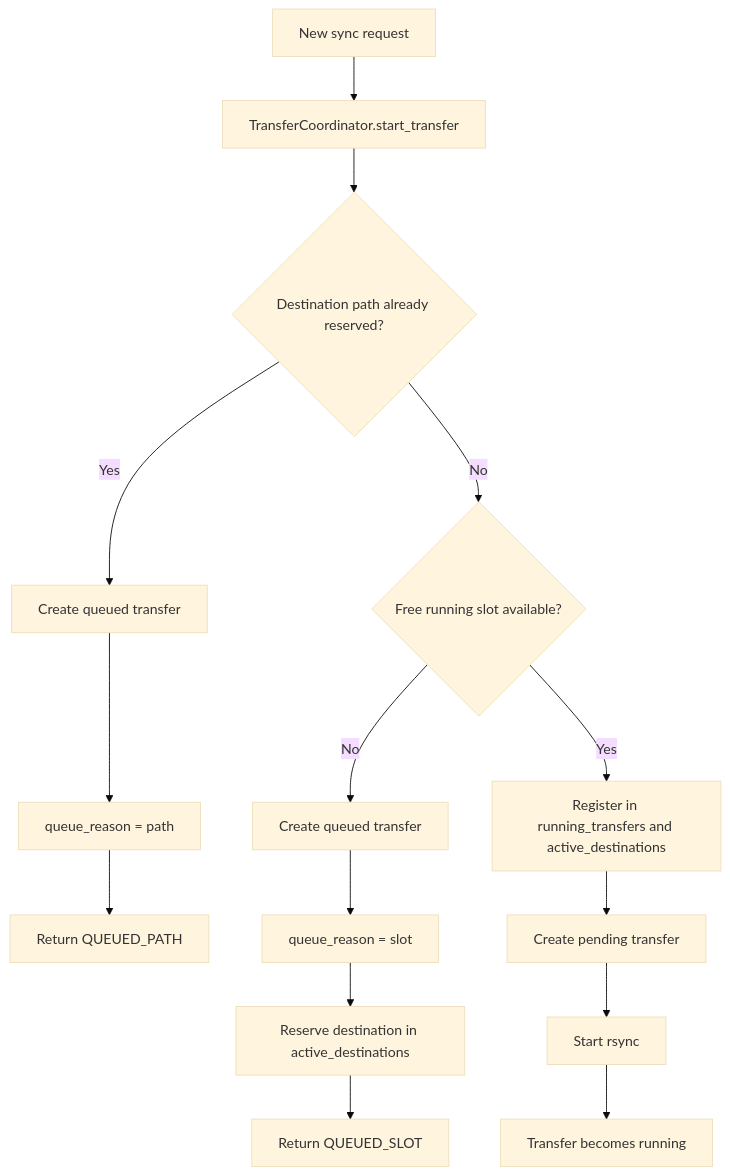
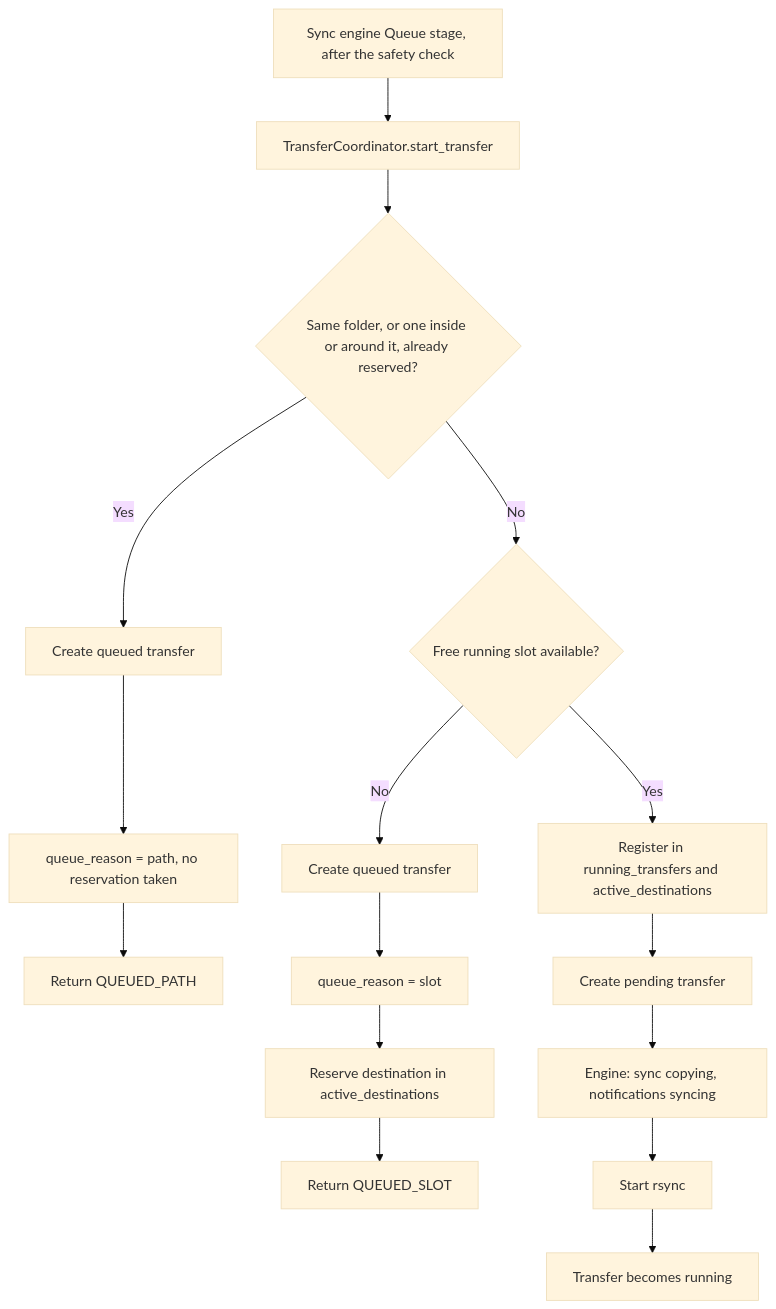
Before and after one commit to dragon-db/dragoncp-ui: the first of 3 diagrams in docs/features/queue/README.md, drawn with Mermaid (base theme). The commit also changed other lines of this file and 70 other files, not shown here.

First line of the commit message:
SYNC ENGINE V3: one pipeline for every sync

````diff
--- a/docs/features/queue/README.md
+++ b/docs/features/queue/README.md
@@ -58,17 +59,18 @@
 ```mermaid
 flowchart TD
-    A[New sync request] --> B[TransferCoordinator.start_transfer]
-    B --> C{Destination path already reserved?}
+    A[Sync engine Queue stage, after the safety check] --> B[TransferCoordinator.start_transfer]
+    B --> C{Same folder, or one inside or around it, already reserved?}
     C -->|Yes| D[Create queued transfer]
-    D --> E[queue_reason = path]
+    D --> E[queue_reason = path, no reservation taken]
     E --> F[Return QUEUED_PATH]
     C -->|No| G{Free running slot available?}
     G -->|No| H[Create queued transfer]
     H --> I[queue_reason = slot]
     I --> J[Reserve destination in active_destinations]
     J --> K[Return QUEUED_SLOT]
     G -->|Yes| L[Register in running_transfers and active_destinations]
     L --> M[Create pending transfer]
-    M --> N[Start rsync]
-    N --> O[Transfer becomes running]
+    M --> N[Engine: sync copying, notifications syncing]
+    N --> O[Start rsync]
+    O --> P[Transfer becomes running]
 ```
````
